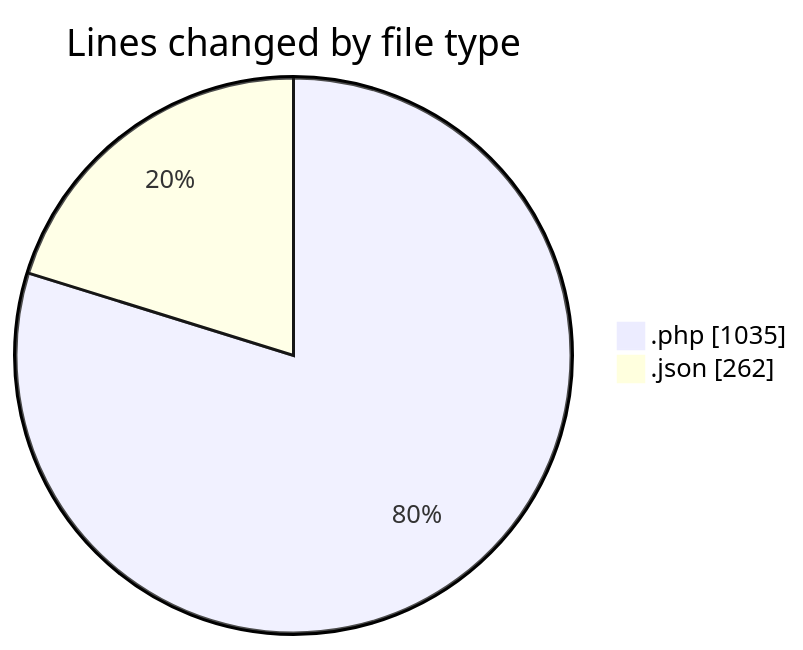
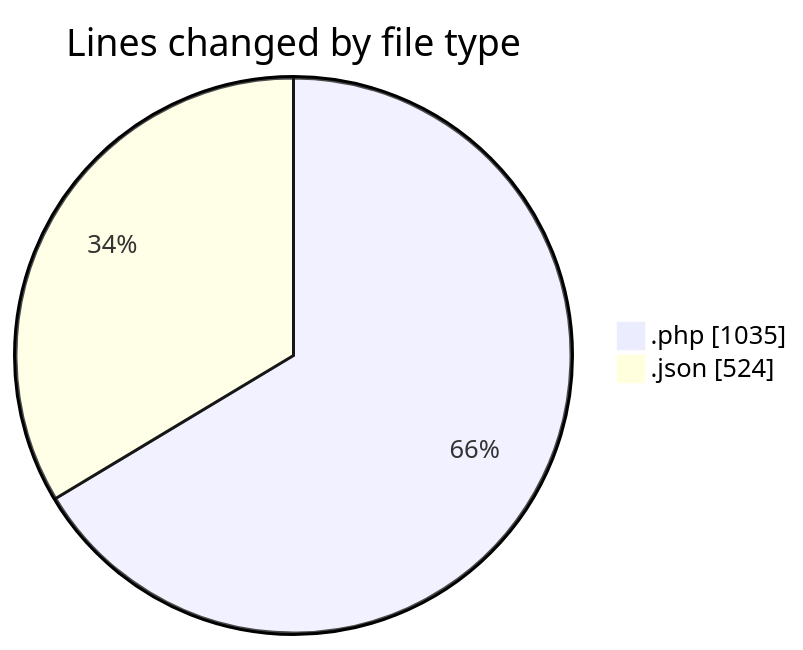
Before and after one commit to idhammustaqopulfikri/code-tracking: the first of 2 diagrams in 2025-11-11/futsal/README.md, drawn with Mermaid. The commit also changed other lines of this file and 1 other file, not shown here.

````diff
--- a/2025-11-11/futsal/README.md
+++ b/2025-11-11/futsal/README.md
@@ -35,6 +35,6 @@
 ```mermaid
 pie showData
 title Lines changed by file type
 ".php" : 1035
-".json" : 262
+".json" : 524
 ```
````
